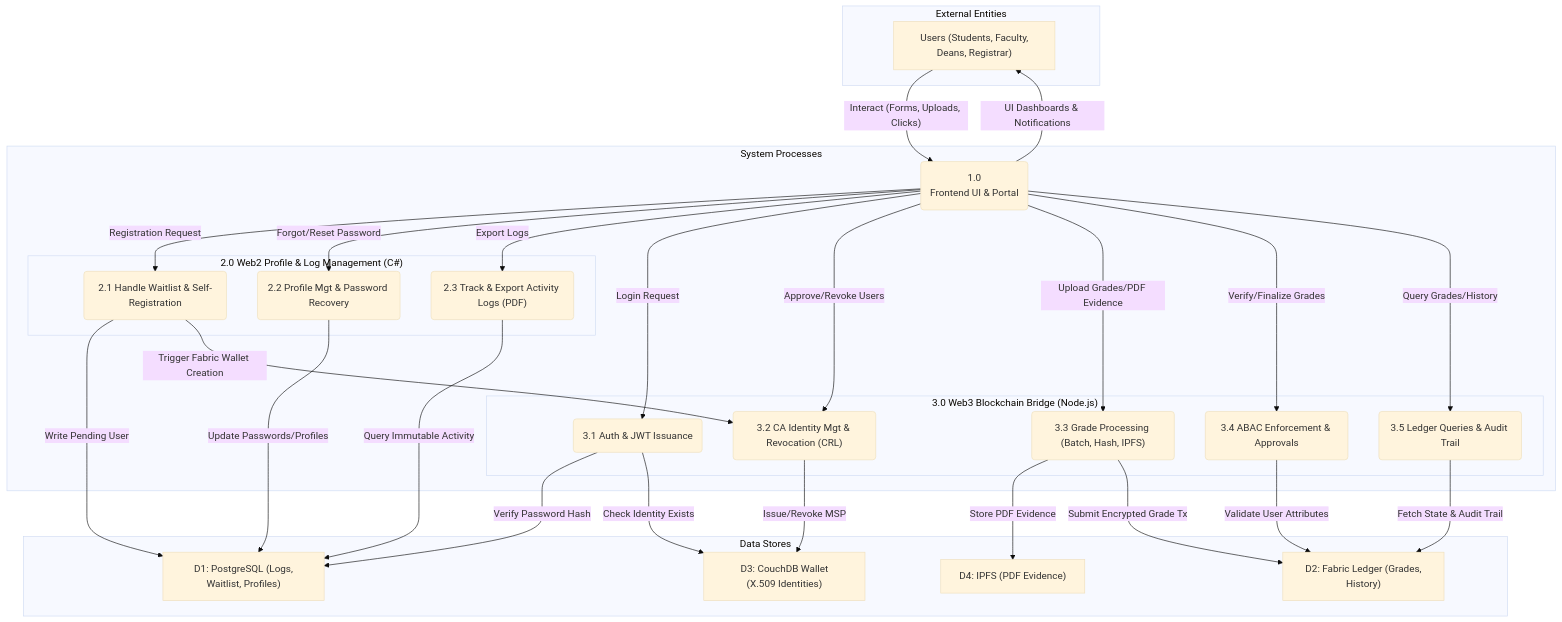
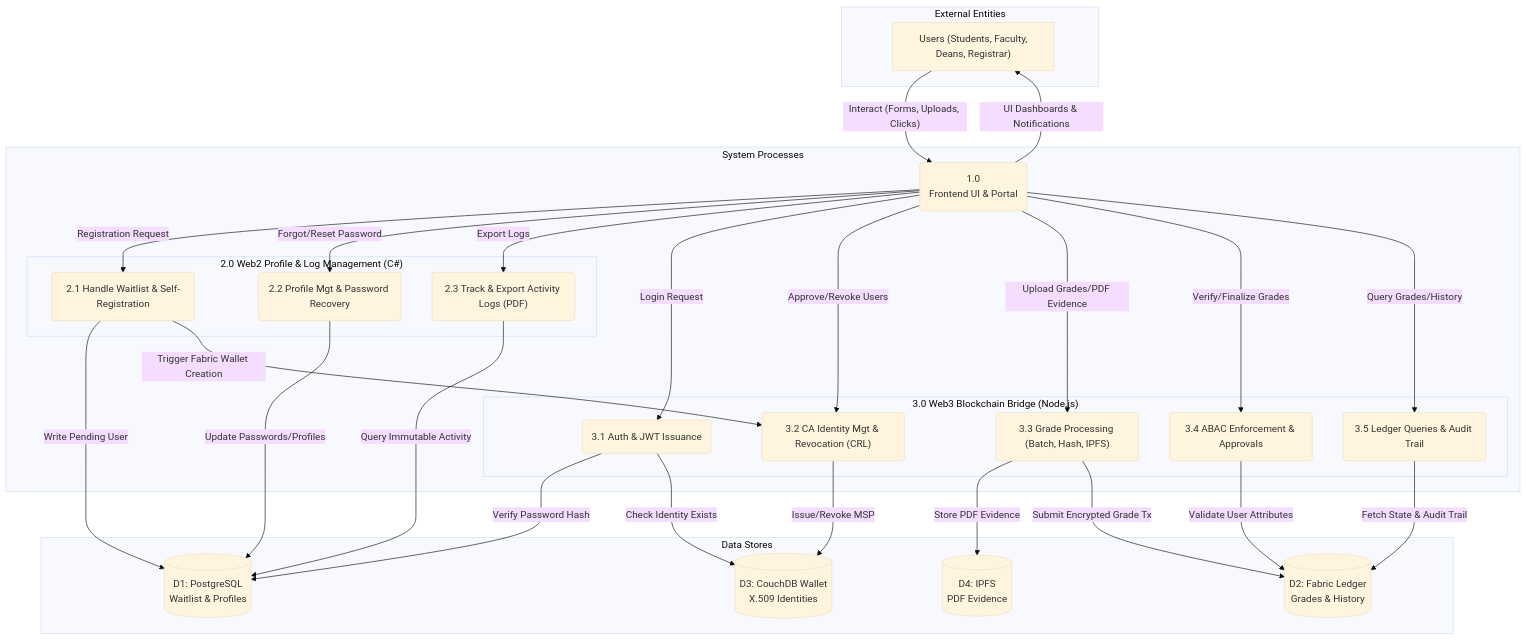
Before and after one commit to Pat-asc/Capstone-Project-BlockChain-BlockGo: the third of 6 diagrams in Guide.md, drawn with Mermaid (base theme).

Commit message:
bago Guide.md

````diff
--- a/Guide.md
+++ b/Guide.md
@@ -123,58 +123,58 @@
 ```mermaid
 graph TD
     subgraph "External Entities"
         U["<fa:fa-users> Users (Students, Faculty, Deans, Registrar)"]
     end
  
     subgraph "System Processes"
         P1("1.0<br>Frontend UI & Portal")
  
         subgraph "2.0 Web2 Profile & Log Management (C#)"
             P2_1("2.1 Handle Waitlist & Self-Registration")
             P2_2("2.2 Profile Mgt & Password Recovery")
             P2_3("2.3 Track & Export Activity Logs (PDF)")
         end
  
         subgraph "3.0 Web3 Blockchain Bridge (Node.js)"
             P3_1("3.1 Auth & JWT Issuance")
             P3_2("3.2 CA Identity Mgt & Revocation (CRL)")
             P3_3("3.3 Grade Processing (Batch, Hash, IPFS)")
             P3_4("3.4 ABAC Enforcement & Approvals")
             P3_5("3.5 Ledger Queries & Audit Trail")
         end
     end
  
     subgraph "Data Stores"
-        D1["<fa:fa-database> D1: PostgreSQL (Logs, Waitlist, Profiles)"]
-        D2["<fa:fa-link> D2: Fabric Ledger (Grades, History)"]
-        D3["<fa:fa-wallet> D3: CouchDB Wallet (X.509 Identities)"]
-        D4["<fa:fa-cube> D4: IPFS (PDF Evidence)"]
+        D1[(D1: PostgreSQL<br>Waitlist & Profiles)]
+        D2[(D2: Fabric Ledger<br>Grades & History)]
+        D3[(D3: CouchDB Wallet<br>X.509 Identities)]
+        D4[(D4: IPFS<br>PDF Evidence)]
     end
  
     %% --- Data Flows ---
     U -- "Interact (Forms, Uploads, Clicks)" --> P1
     P1 -- "UI Dashboards & Notifications" --> U
 
     P1 -- "Registration Request" --> P2_1
     P1 -- "Forgot/Reset Password" --> P2_2
     P1 -- "Export Logs" --> P2_3
 
     P1 -- "Login Request" --> P3_1
     P1 -- "Approve/Revoke Users" --> P3_2
     P1 -- "Upload Grades/PDF Evidence" --> P3_3
     P1 -- "Verify/Finalize Grades" --> P3_4
     P1 -- "Query Grades/History" --> P3_5
 
     P2_1 -- "Write Pending User" --> D1
     P2_2 -- "Update Passwords/Profiles" --> D1
     P2_3 -- "Query Immutable Activity" --> D1
     P2_1 -- "Trigger Fabric Wallet Creation" --> P3_2
 
     P3_1 -- "Verify Password Hash" --> D1
     P3_1 -- "Check Identity Exists" --> D3
     P3_2 -- "Issue/Revoke MSP" --> D3
     P3_3 -- "Store PDF Evidence" --> D4
     P3_3 -- "Submit Encrypted Grade Tx" --> D2
     P3_4 -- "Validate User Attributes" --> D2
     P3_5 -- "Fetch State & Audit Trail" --> D2
 ```
````
